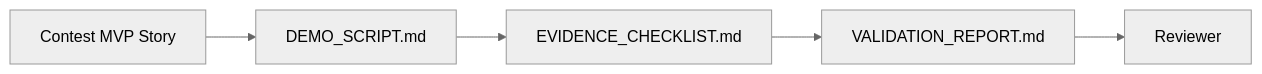
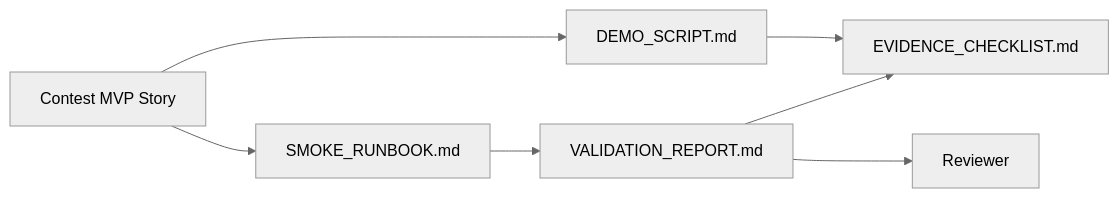
The diagram in docs/contest/README.md (Creative-Science-Contest-2026/Multiagent-learning-platform), drawn with Mermaid (neutral theme) before and after one commit. The commit also changed other lines of this file and 8 other files, not shown here.

````diff
--- a/docs/contest/README.md
+++ b/docs/contest/README.md
@@ -40,13 +56,16 @@
 ```mermaid
 flowchart LR
   Goal["Contest MVP Story"]
+  Smoke["SMOKE_RUNBOOK.md"]
   Demo["DEMO_SCRIPT.md"]
   Checklist["EVIDENCE_CHECKLIST.md"]
   Validation["VALIDATION_REPORT.md"]
   Reviewer["Reviewer"]
 
+  Goal --> Smoke
+  Smoke --> Validation
+  Validation --> Checklist
   Goal --> Demo
   Demo --> Checklist
-  Checklist --> Validation
   Validation --> Reviewer
 ```
````
